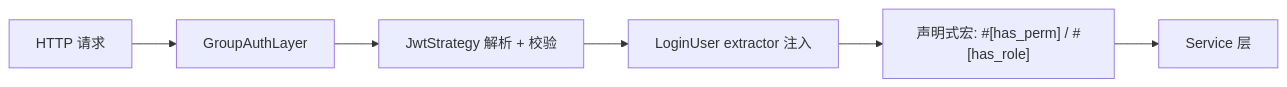
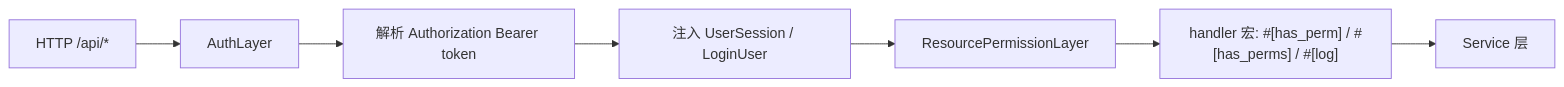
The diagram in docs/v0.1/zh/guide/core/auth.md (ouywm/summer-admin-site), drawn with Mermaid before and after one commit. The commit also changed other lines of this file and 21 other files, not shown here.

````diff
--- a/docs/v0.1/zh/guide/core/auth.md
+++ b/docs/v0.1/zh/guide/core/auth.md
@@ -11,8 +43,9 @@
 ```mermaid
 flowchart LR
-    A[HTTP 请求] --> B[GroupAuthLayer]
-    B --> C[JwtStrategy 解析 + 校验]
-    C --> D[LoginUser extractor 注入]
-    D --> E["声明式宏: #[has_perm] / #[has_role]"]
-    E --> F[Service 层]
+    A[HTTP /api/*] --> B[AuthLayer]
+    B --> C[解析 Authorization Bearer token]
+    C --> D[注入 UserSession / LoginUser]
+    D --> E[ResourcePermissionLayer]
+    E --> F["handler 宏: #[has_perm] / #[has_perms] / #[log]"]
+    F --> G[Service 层]
 ```
````
